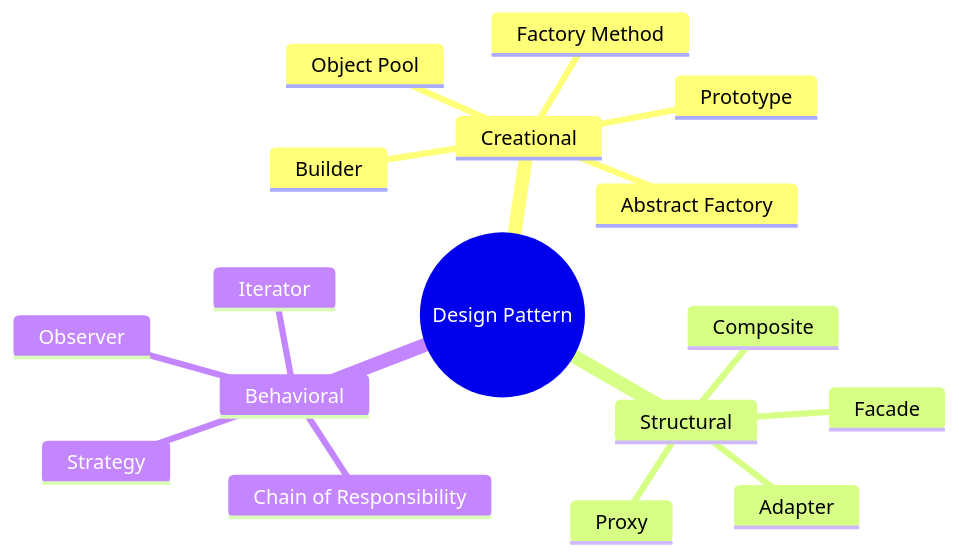
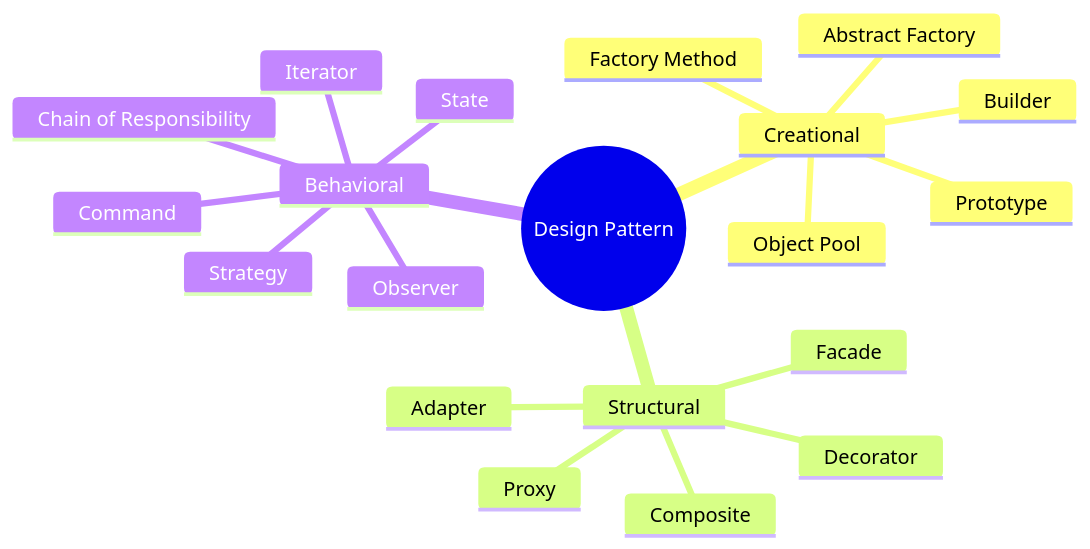
One commit to dpnam03/dev-doc changed the diagram in Dev Docs/10. Magento/10. Knowledge Base/Architecture/SOLID principles & Patterns in Magento/Tổng quan Design Pattern.md. Above: the diagram before and after it, drawn with Mermaid. The commit also changed other lines of this file and 41 other files, not shown here.

First line of the commit message:
magento-base-knowledge-architecture - Review and fix Architecture docs against Magento 2.4.8-p5

````diff
--- a/Dev Docs/10. Magento/10. Knowledge Base/Architecture/SOLID principles & Patterns in Magento/Tổng quan Design Pattern.md
+++ b/Dev Docs/10. Magento/10. Knowledge Base/Architecture/SOLID principles & Patterns in Magento/Tổng quan Design Pattern.md
@@ -36,20 +36,23 @@
 ```mermaid
 mindmap
   root((Design Pattern))
     Creational
       Builder
       Factory Method
       Abstract Factory
       Prototype
       Object Pool
     Structural
       Adapter
       Composite
+      Decorator
       Facade
       Proxy
     Behavioral
       Chain of Responsibility
+      Command
       Iterator
+      State
       Strategy
       Observer
 ```
````
